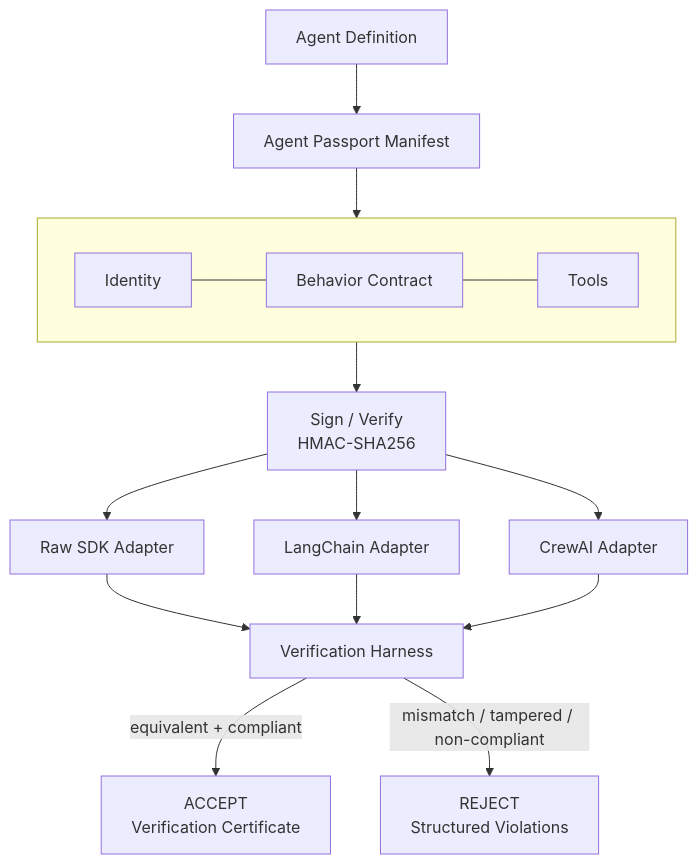
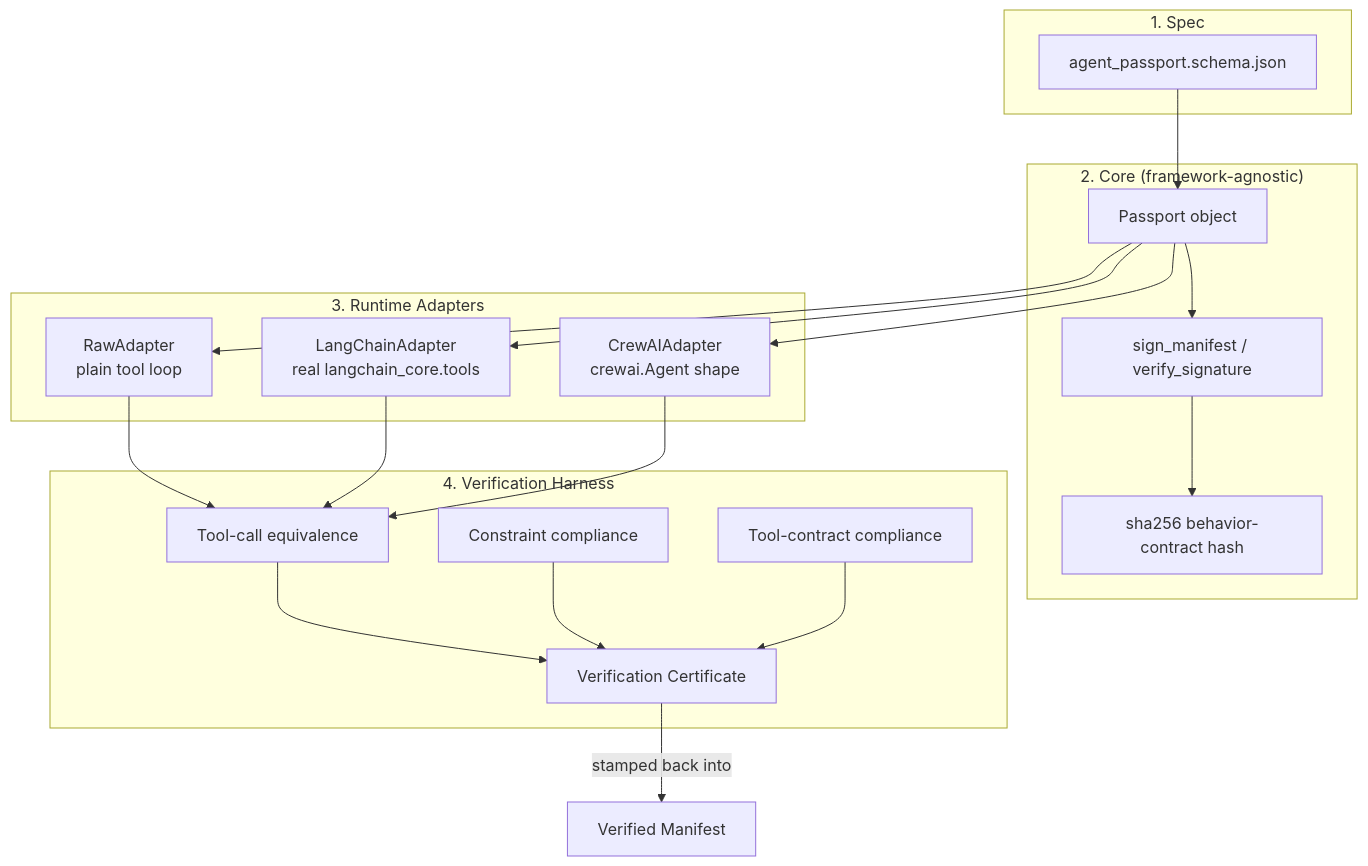
Before and after one commit to adityaa2109/Patient-Feedback-Classifier: the diagram in README.md, drawn with Mermaid. The commit also changed other lines of this file and 16 other files, not shown here.

Commit message:
Add Agent Passport project files

````diff
--- a/README.md
+++ b/README.md
@@ -63,23 +33,38 @@
 ```mermaid
 flowchart TB
-    AGENT[Agent Definition] --> PASSPORT[Agent Passport Manifest]
+    subgraph Spec["1. Spec"]
+        M[agent_passport.schema.json]
+    end
 
-    subgraph PASSPORT_CONTENTS[" "]
-        direction LR
-        ID[Identity] --- BC[Behavior Contract] --- TL[Tools]
+    subgraph Core["2. Core (framework-agnostic)"]
+        P[Passport object]
+        S[sign_manifest / verify_signature]
+        H[sha256 behavior-contract hash]
     end
-    PASSPORT --> PASSPORT_CONTENTS
 
-    PASSPORT_CONTENTS --> SIGN[Sign / Verify<br/>HMAC-SHA256]
+    subgraph Adapters["3. Runtime Adapters"]
+        A1[RawAdapter<br/>plain tool loop]
+        A2[LangChainAdapter<br/>real langchain_core.tools]
+        A3[CrewAIAdapter<br/>crewai.Agent shape]
+    end
 
-    SIGN --> RAW[Raw SDK Adapter]
-    SIGN --> LC[LangChain Adapter]
-    SIGN --> CR[CrewAI Adapter]
+    subgraph Verify["4. Verification Harness"]
+        V1[Tool-call equivalence]
+        V2[Constraint compliance]
+        V3[Tool-contract compliance]
+        CERT[Verification Certificate]
+    end
 
-    RAW --> VERIFY[Verification Harness]
-    LC --> VERIFY
-    CR --> VERIFY
-
-    VERIFY -->|equivalent + compliant| ACCEPT[ACCEPT<br/>Verification Certificate]
-    VERIFY -->|mismatch / tampered / non-compliant| REJECT[REJECT<br/>Structured Violations]
+    M --> P
+    P --> S --> H
+    P --> A1
+    P --> A2
+    P --> A3
+    A1 --> V1
+    A2 --> V1
+    A3 --> V1
+    V1 --> CERT
+    V2 --> CERT
+    V3 --> CERT
+    CERT -->|stamped back into| M2[Verified Manifest]
 ```
````
